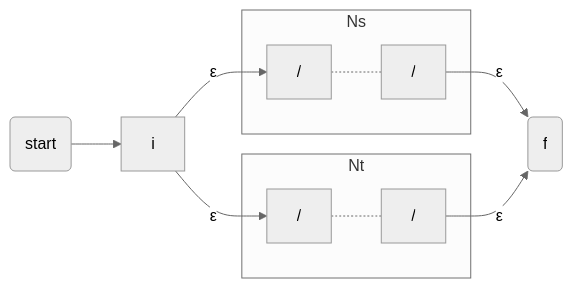
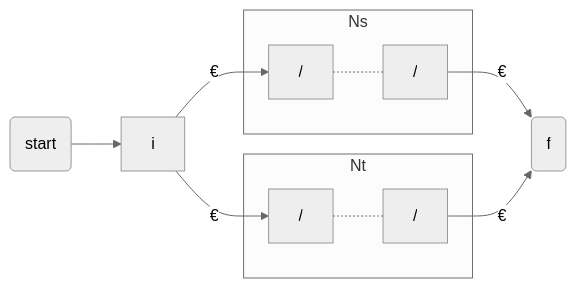
The sixth of 16 diagrams in Compilers/Chapter 3 Lexical Analysis.md (xp44mm/Notebook), drawn with Mermaid (neutral theme) before and after one commit. The commit also changed other lines of this file and 4 other files, not shown here.

````diff
--- a/Compilers/Chapter 3 Lexical Analysis.md
+++ b/Compilers/Chapter 3 Lexical Analysis.md
@@ -809,20 +809,20 @@
    ```mermaid
    graph LR
    s0(start)
    1["/"]
    2["/"]
    3["/"]
    4["/"]
    f(f)
    s0 -->i
-   i --ε-->1
+   i --€-->1
    subgraph Ns
    1-.-3
    end
-   i--ε-->2
-   3--ε-->f
-   4--ε-->f
+   i--€-->2
+   3--€-->f
+   4--€-->f
    subgraph Nt
    2-.-4
    end
    ```
````
